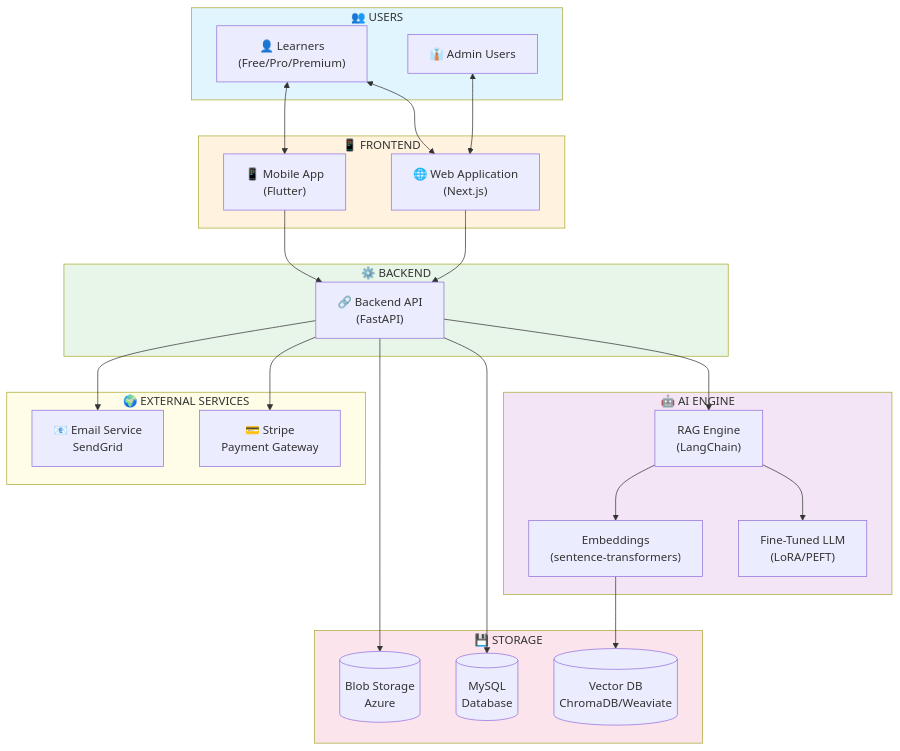
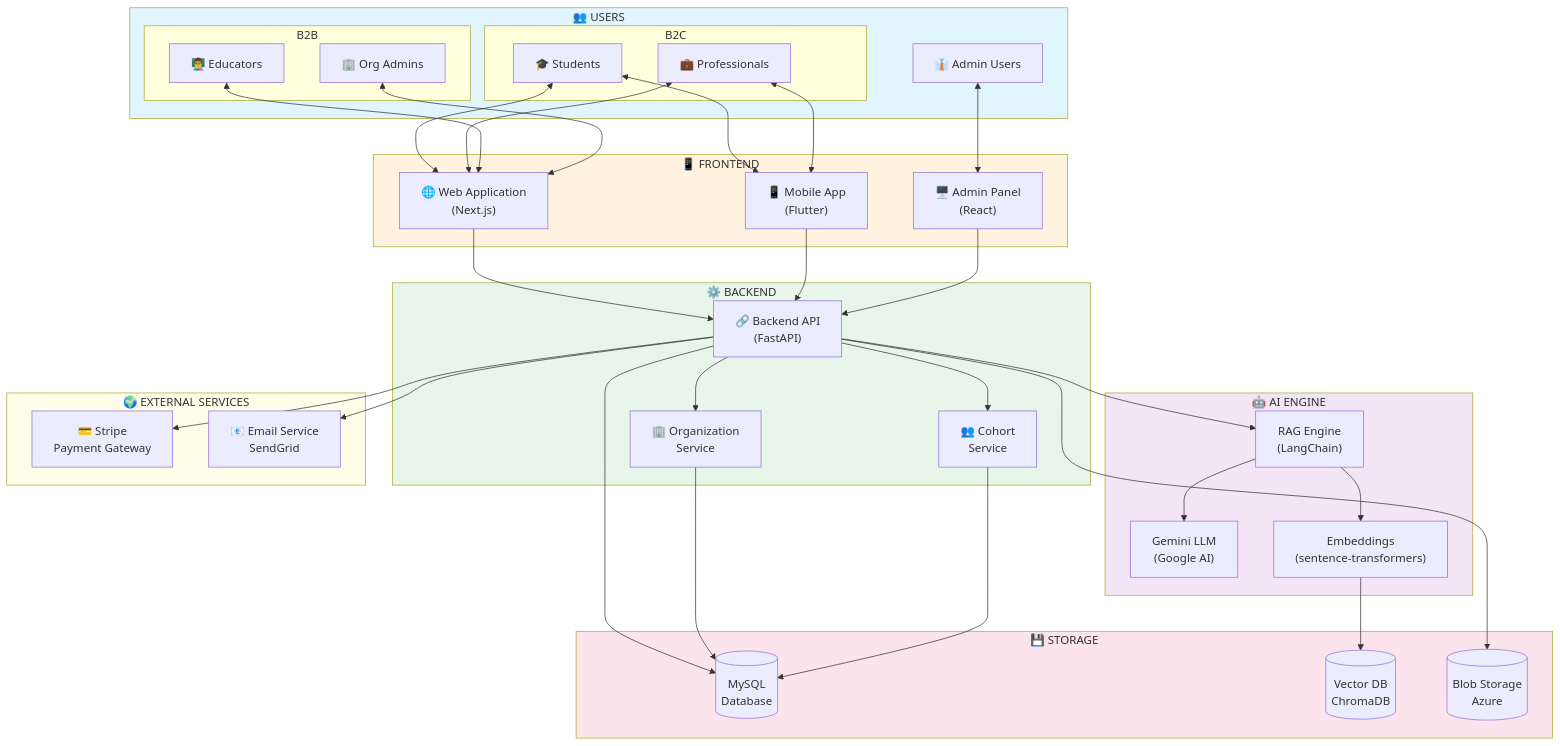
The diagram in docs/diagrams/08_architecture/v1.0/system_context.md (muhammadfahaddev/AI-Smart-Skill-Coach), drawn with Mermaid before and after one commit. The commit also changed other lines of this file and 4 other files, not shown here.

Commit message:
feat: Introduce multi-tenant architecture, ERD, RBAC, and use case diagrams.

````diff
--- a/docs/diagrams/08_architecture/v1.0/system_context.md
+++ b/docs/diagrams/08_architecture/v1.0/system_context.md
@@ -4,57 +4,73 @@
 ```mermaid
 flowchart TB
     subgraph Users["👥 USERS"]
-        L["👤 Learners<br/>(Free/Pro/Premium)"]
+        subgraph B2C["B2C"]
+            S["🎓 Students"]
+            P["💼 Professionals"]
+        end
+        subgraph B2B["B2B"]
+            E["👨‍🏫 Educators"]
+            O["🏢 Org Admins"]
+        end
         A["👔 Admin Users"]
     end
 
     subgraph Frontend["📱 FRONTEND"]
         WEB["🌐 Web Application<br/>(Next.js)"]
         MOB["📱 Mobile App<br/>(Flutter)"]
+        ADMIN["🖥️ Admin Panel<br/>(React)"]
     end
 
     subgraph Backend["⚙️ BACKEND"]
         API["🔗 Backend API<br/>(FastAPI)"]
+        ORG_SVC["🏢 Organization<br/>Service"]
+        COHORT_SVC["👥 Cohort<br/>Service"]
     end
 
     subgraph AI["🤖 AI ENGINE"]
         RAG["RAG Engine<br/>(LangChain)"]
-        LLM["Fine-Tuned LLM<br/>(LoRA/PEFT)"]
+        LLM["Gemini LLM<br/>(Google AI)"]
         EMB["Embeddings<br/>(sentence-transformers)"]
     end
 
     subgraph Storage["💾 STORAGE"]
         DB[("MySQL<br/>Database")]
-        VDB[("Vector DB<br/>ChromaDB/Weaviate")]
+        VDB[("Vector DB<br/>ChromaDB")]
         BLOB[("Blob Storage<br/>Azure")]
     end
 
     subgraph External["🌍 EXTERNAL SERVICES"]
         STRIPE["💳 Stripe<br/>Payment Gateway"]
         EMAIL["📧 Email Service<br/>SendGrid"]
     end
 
-    L <--> WEB
-    L <--> MOB
-    A <--> WEB
+    S & P <--> WEB
+    S & P <--> MOB
+    E & O <--> WEB
+    A <--> ADMIN
     
     WEB --> API
     MOB --> API
+    ADMIN --> API
     
+    API --> ORG_SVC
+    API --> COHORT_SVC
     API --> RAG
     RAG --> LLM
     RAG --> EMB
     EMB --> VDB
     
     API --> DB
+    ORG_SVC --> DB
+    COHORT_SVC --> DB
     API --> BLOB
     API --> STRIPE
     API --> EMAIL
 
     style Users fill:#e1f5fe
     style Frontend fill:#fff3e0
     style Backend fill:#e8f5e9
     style AI fill:#f3e5f5
     style Storage fill:#fce4ec
     style External fill:#fffde7
 ```
````
